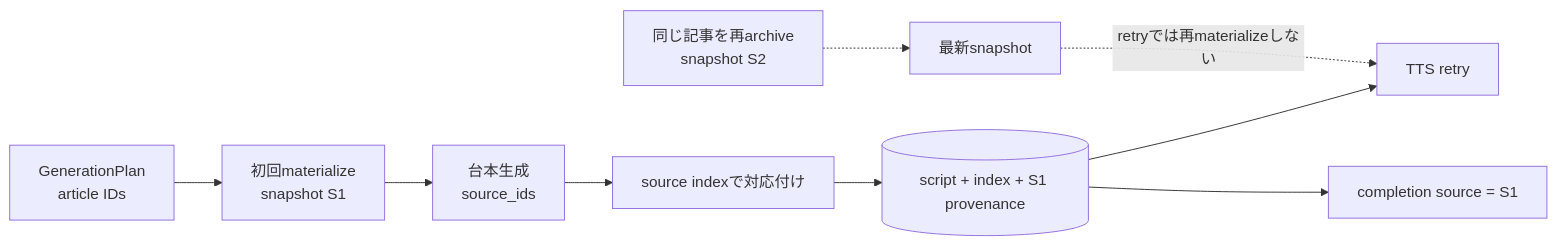
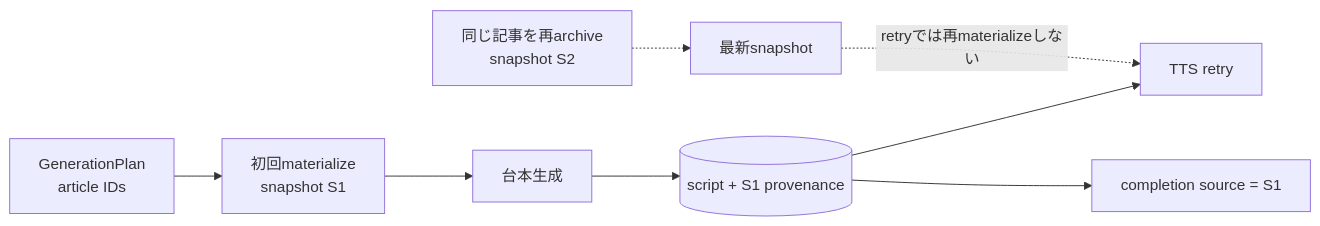
The diagram in docs/adr/0067-bind-script-checkpoints-to-source-snapshots.md (r4ai/news-podcast), drawn with Mermaid before and after one commit. The commit also changed other lines of this file and 3 other files, not shown here.

````diff
--- a/docs/adr/0067-bind-script-checkpoints-to-source-snapshots.md
+++ b/docs/adr/0067-bind-script-checkpoints-to-source-snapshots.md
@@ -20,11 +20,10 @@
 ```mermaid
 flowchart LR
   Plan["GenerationPlan<br/>article IDs"] --> Materialize["初回materialize<br/>snapshot S1"]
-  Materialize --> Generate["台本生成<br/>source_ids"]
-  Generate --> Bind["source indexで対応付け"]
-  Bind --> Checkpoint[("script + index + S1 provenance")]
+  Materialize --> Generate["台本生成"]
+  Generate --> Checkpoint[("script + S1 provenance")]
   Checkpoint --> TTS["TTS retry"]
   Rearc["同じ記事を再archive<br/>snapshot S2"] -.-> Latest["最新snapshot"]
   Checkpoint --> Completion["completion source = S1"]
   Latest -. "retryでは再materializeしない" .-> TTS
 ```
````
